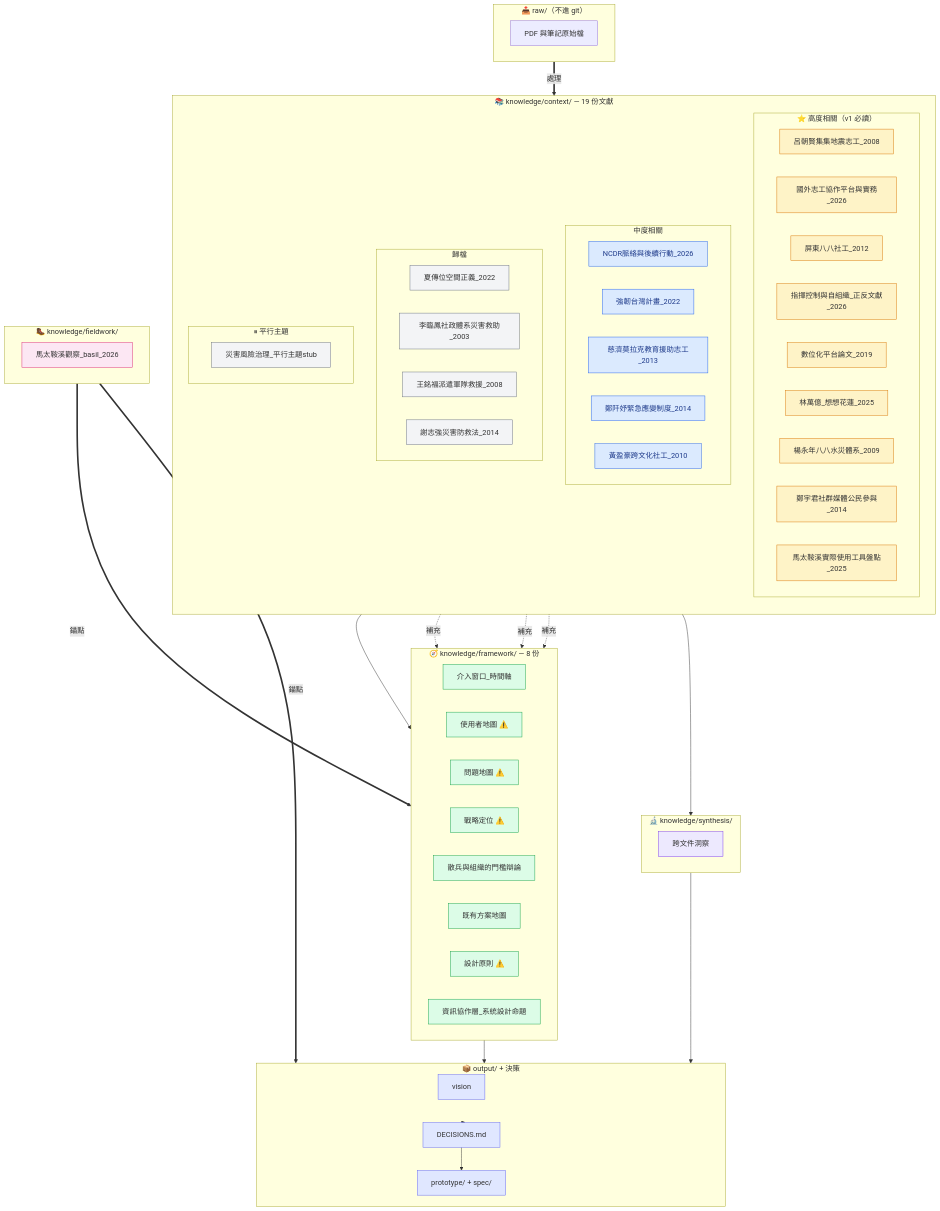
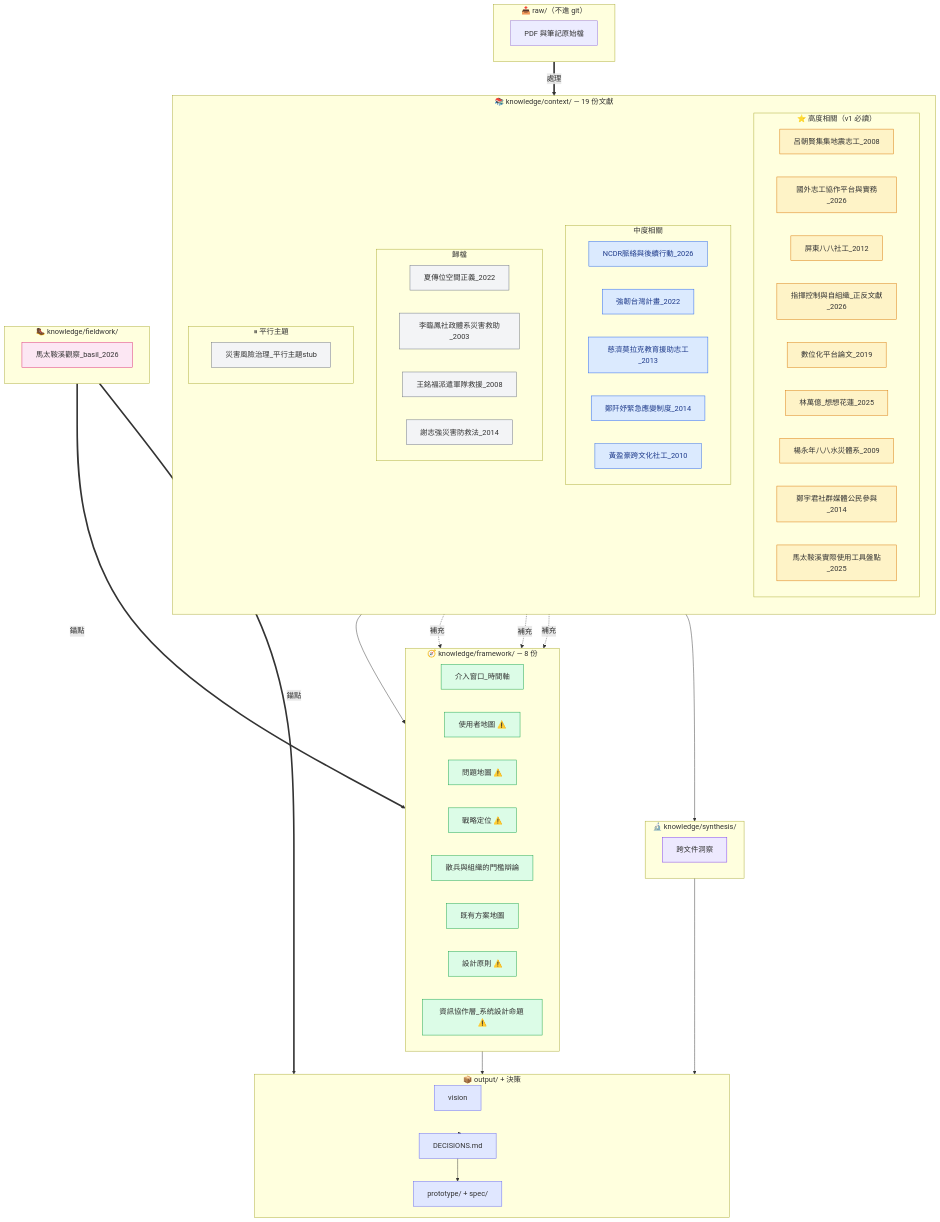
One commit to BasilHsieh/resq-hub changed the third of 8 diagrams in ARCHITECTURE.md. Above: the diagram before and after it, drawn with Mermaid. The commit also changed other lines of this file and 14 other files, not shown here.

First line of the commit message:
決策｜收工：D-12～D-14、U-14；三層改為讀者分層；ARCHITECTURE 圖 7／8；CLAUDE.md 工作方式；手冊資料夾

```diff
--- a/ARCHITECTURE.md
+++ b/ARCHITECTURE.md
@@ -166,7 +166,7 @@
         N25["散兵與組織的門檻辯論"]
         N26["既有方案地圖"]
         N27["設計原則 ⚠️"]
-        N28["資訊協作層_系統設計命題"]
+        N28["資訊協作層_系統設計命題 ⚠️"]
     end
 
     subgraph FLD["🥾 knowledge/fieldwork/"]
```
